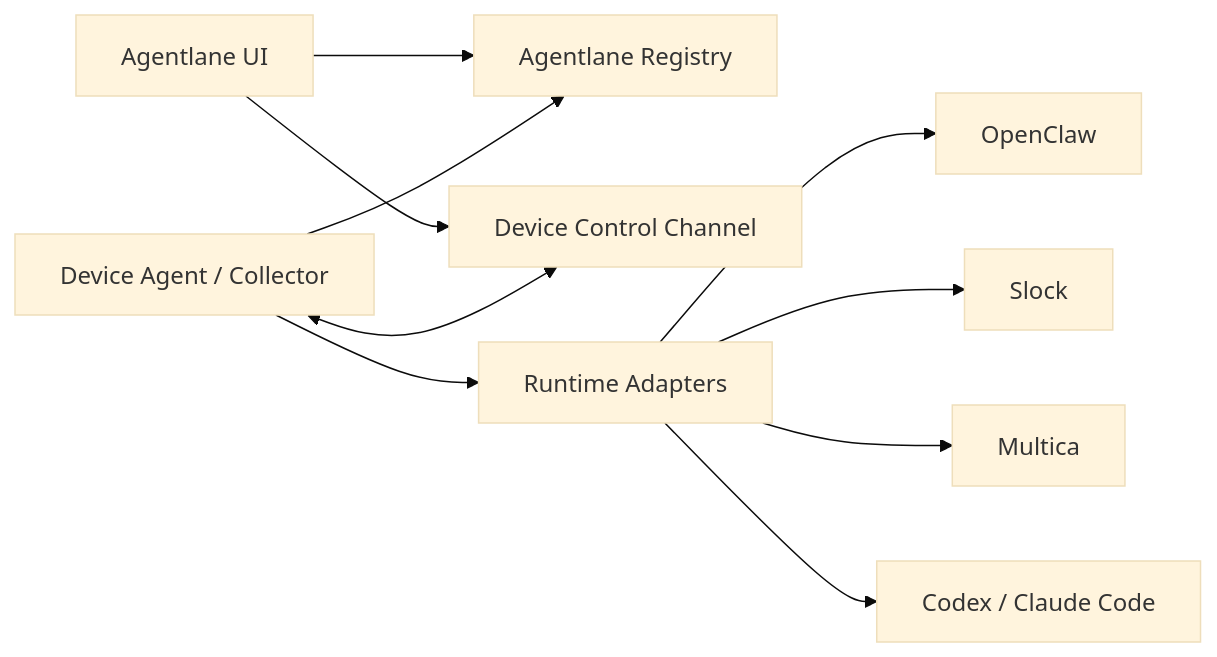
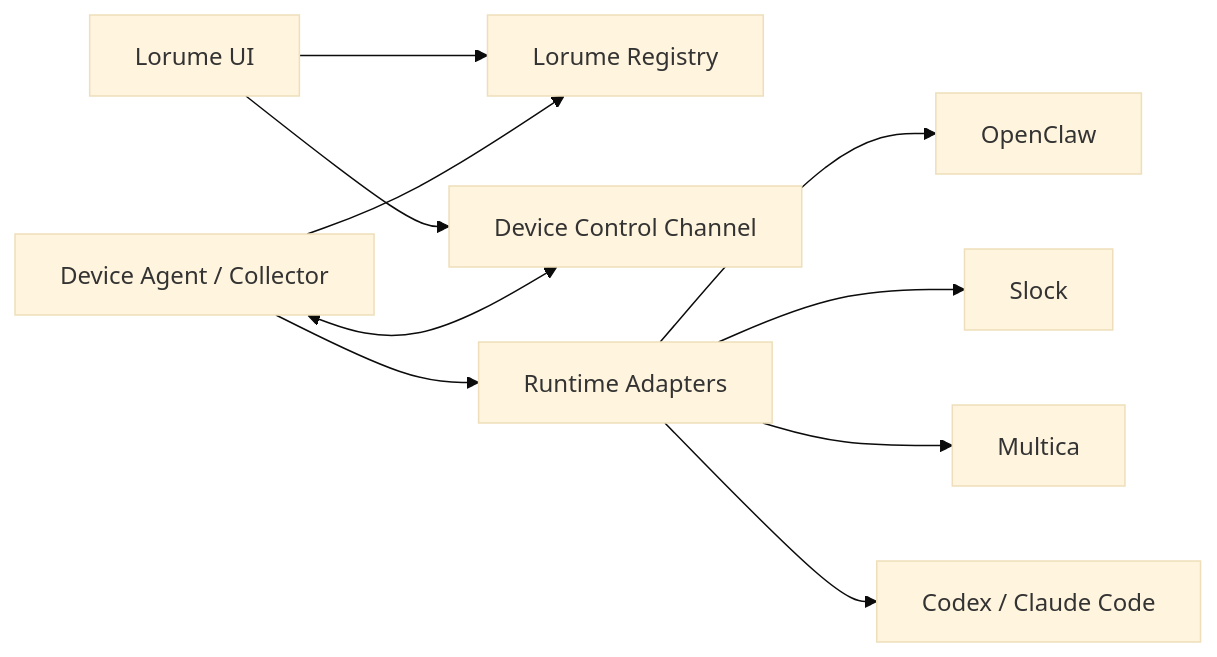
One commit to gezilinll/agentlane changed the diagram in docs/product/runtime-device-registration-spec.md. Above: the diagram before and after it, drawn with Mermaid (base theme). The commit also changed other lines of this file and 102 other files, not shown here.

Commit message:
refactor(brand): rename agentlane to lorume

````diff
--- a/docs/product/runtime-device-registration-spec.md
+++ b/docs/product/runtime-device-registration-spec.md
@@ -31,22 +31,22 @@
 ```mermaid
 flowchart LR
-  UI["Agentlane UI"]
-  Registry["Agentlane Registry"]
+  UI["Lorume UI"]
+  Registry["Lorume Registry"]
   Control["Device Control Channel"]
   Collector["Device Agent / Collector"]
   Adapters["Runtime Adapters"]
   OpenClaw["OpenClaw"]
   Slock["Slock"]
   Multica["Multica"]
   CLIRuntime["Codex / Claude Code"]
 
   UI --> Registry
   UI --> Control
   Collector --> Registry
   Collector <--> Control
   Collector --> Adapters
   Adapters --> OpenClaw
   Adapters --> Slock
   Adapters --> Multica
   Adapters --> CLIRuntime
 ```
````
